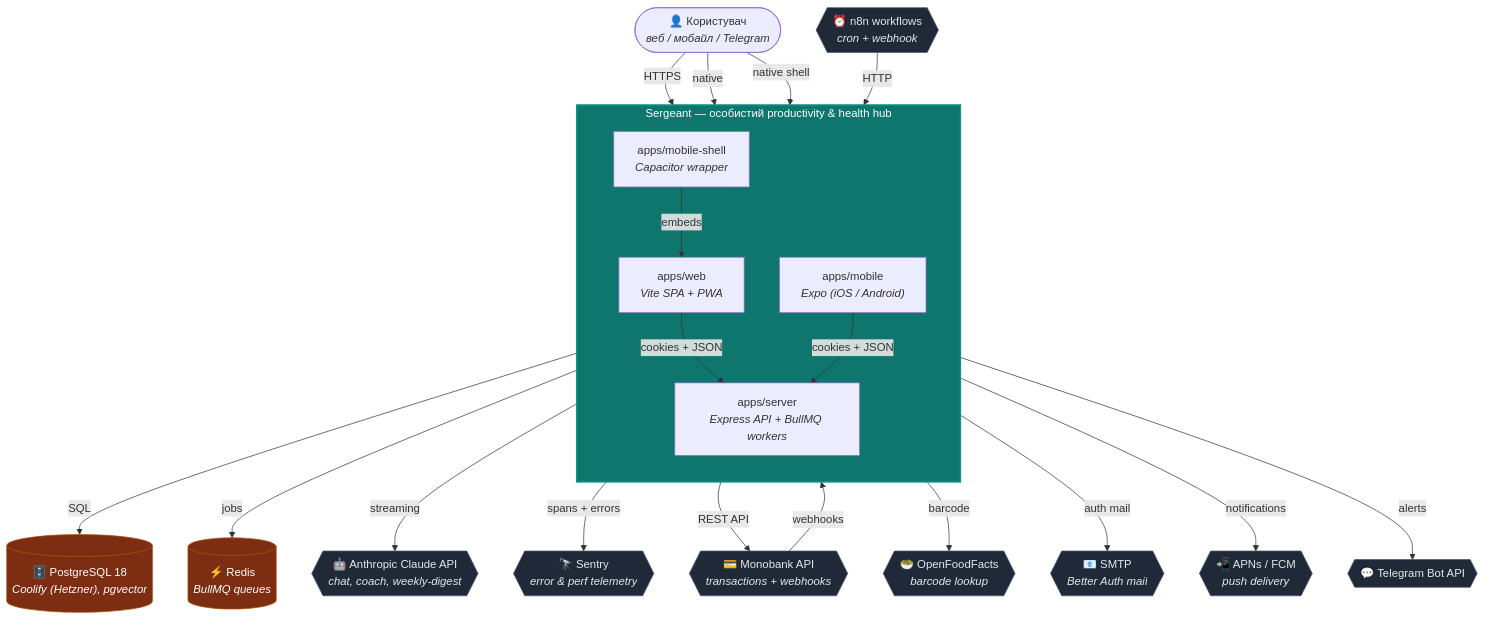
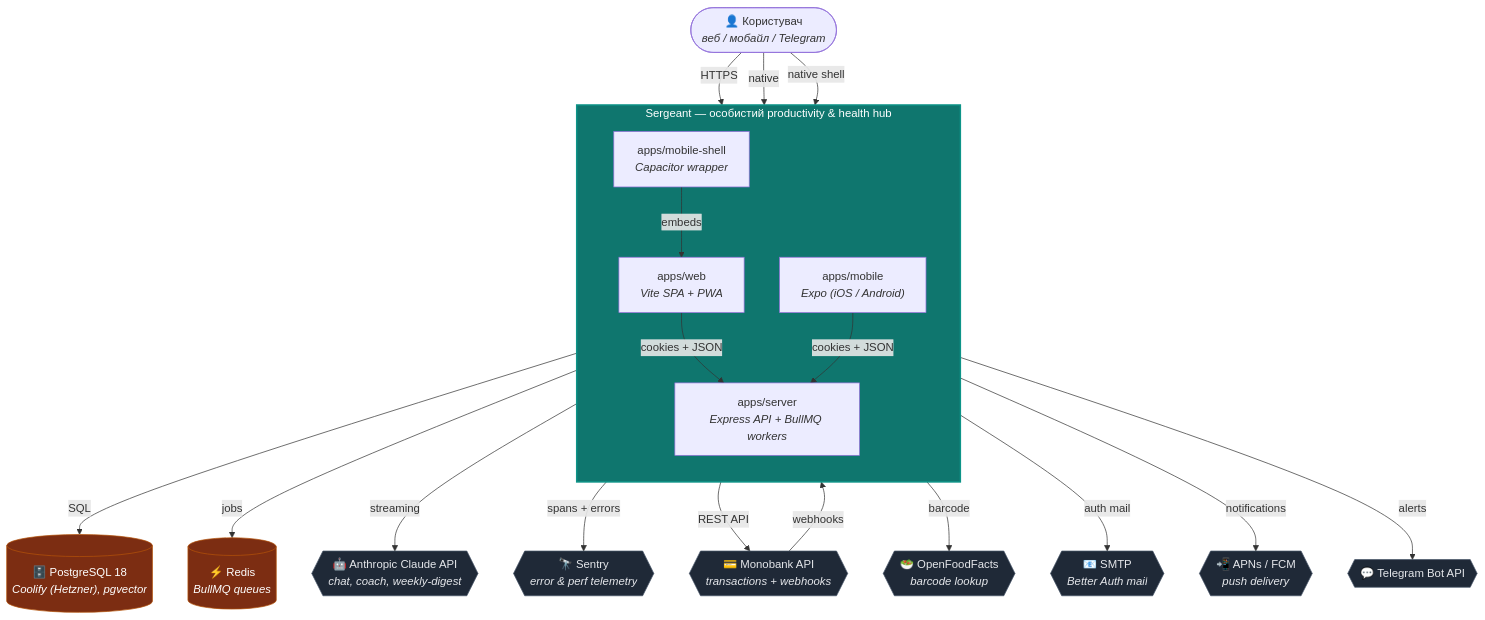
Before and after one commit to SkOrDs-02/sergeant: the diagram in docs/02-engineering/architecture/diagrams/c1-system-context.md, drawn with Mermaid. The commit also changed other lines of this file and 119 other files, not shown here.

````diff
--- a/docs/02-engineering/architecture/diagrams/c1-system-context.md
+++ b/docs/02-engineering/architecture/diagrams/c1-system-context.md
@@ -8,50 +8,48 @@
 ```mermaid
 flowchart TB
     User(["👤 Користувач<br/><i>веб / мобайл / Telegram</i>"])
 
     subgraph Sergeant["Sergeant — особистий productivity & health hub"]
         direction TB
         WebApp["apps/web<br/><i>Vite SPA + PWA</i>"]
         MobileApp["apps/mobile<br/><i>Expo (iOS / Android)</i>"]
         ShellApp["apps/mobile-shell<br/><i>Capacitor wrapper</i>"]
         Server["apps/server<br/><i>Express API + BullMQ workers</i>"]
     end
 
     Postgres[("🗄️ PostgreSQL 18<br/><i>Coolify (Hetzner), pgvector</i>")]
     Redis[("⚡ Redis<br/><i>BullMQ queues</i>")]
     Anthropic{{"🤖 Anthropic Claude API<br/><i>chat, coach, weekly-digest</i>"}}
     Sentry{{"🔭 Sentry<br/><i>error & perf telemetry</i>"}}
-    n8n{{"⏰ n8n workflows<br/><i>cron + webhook</i>"}}
     Mono{{"💳 Monobank API<br/><i>transactions + webhooks</i>"}}
     OFF{{"🥗 OpenFoodFacts<br/><i>barcode lookup</i>"}}
     SMTP{{"📧 SMTP<br/><i>Better Auth mail</i>"}}
     Push{{"📲 APNs / FCM<br/><i>push delivery</i>"}}
     Telegram{{"💬 Telegram Bot API"}}
 
     User -->|HTTPS| WebApp
     User -->|native| MobileApp
     User -->|native shell| ShellApp
 
     ShellApp -->|embeds| WebApp
     WebApp -->|cookies + JSON| Server
     MobileApp -->|cookies + JSON| Server
 
     Server -->|SQL| Postgres
     Server -->|jobs| Redis
     Server -->|streaming| Anthropic
     Server -->|spans + errors| Sentry
     Server -->|REST API| Mono
     Mono -->|webhooks| Server
     Server -->|barcode| OFF
     Server -->|auth mail| SMTP
     Server -->|notifications| Push
     Server -->|alerts| Telegram
-    n8n -->|HTTP| Server
 
     classDef sys fill:#0f766e,stroke:#0d9488,color:#fff,stroke-width:2px
     classDef ext fill:#1f2937,stroke:#475569,color:#e5e7eb
     classDef store fill:#7c2d12,stroke:#b45309,color:#fff
     class Sergeant sys
     class Postgres,Redis store
-    class Anthropic,Sentry,n8n,Mono,OFF,SMTP,Push,Telegram ext
+    class Anthropic,Sentry,Mono,OFF,SMTP,Push,Telegram ext
 ```
````
